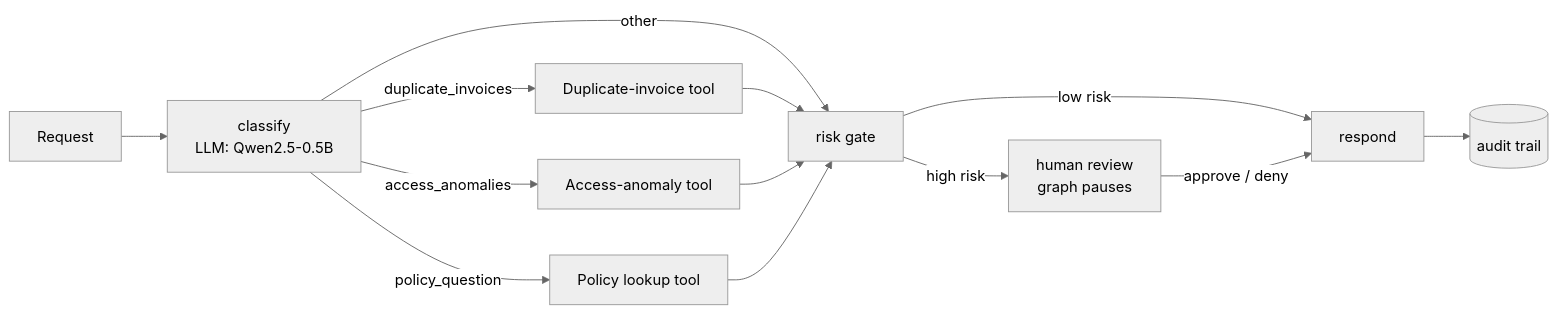
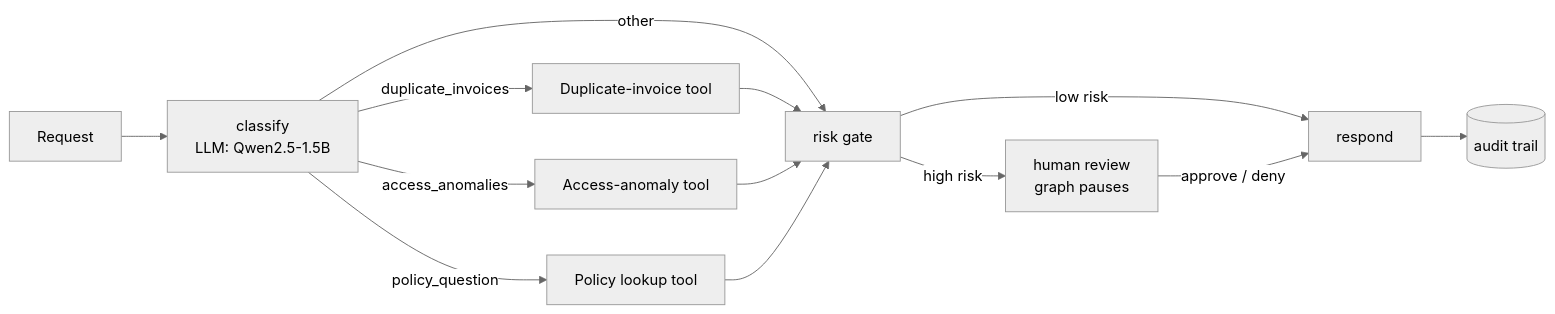
One commit to achux11/langgraph-ops-agent changed the diagram in README.md. Above: the diagram before and after it, drawn with Mermaid (neutral theme). The commit also changed other lines of this file and 2 other files, not shown here.

````diff
--- a/README.md
+++ b/README.md
@@ -16,15 +16,15 @@
 ```mermaid
 flowchart LR
-    A[Request] --> B[classify<br/>LLM: Qwen2.5-0.5B]
+    A[Request] --> B[classify<br/>LLM: Qwen2.5-1.5B]
     B -->|duplicate_invoices| C[Duplicate-invoice tool]
     B -->|access_anomalies| D[Access-anomaly tool]
     B -->|policy_question| E[Policy lookup tool]
     B -->|other| F[risk gate]
     C --> F
     D --> F
     E --> F
     F -->|low risk| H[respond]
     F -->|high risk| G[human review<br/>graph pauses]
     G -->|approve / deny| H
     H --> I[(audit trail)]
 ```
````
